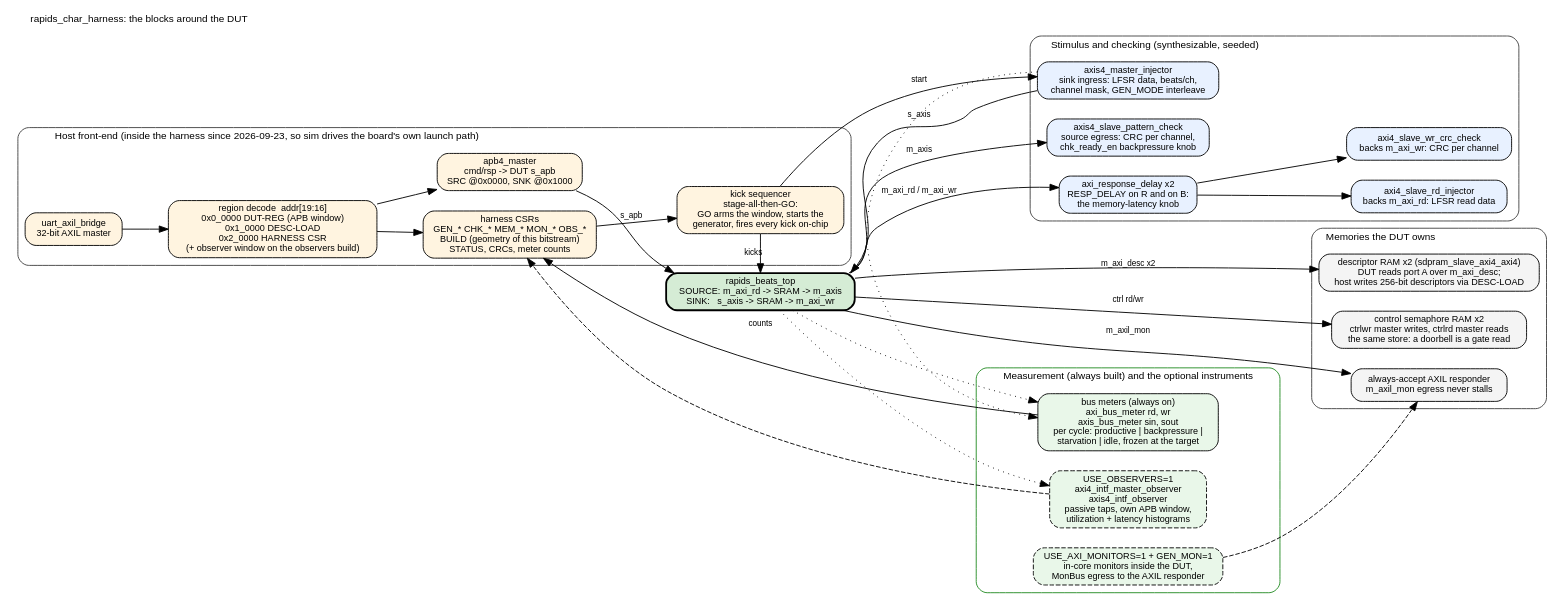
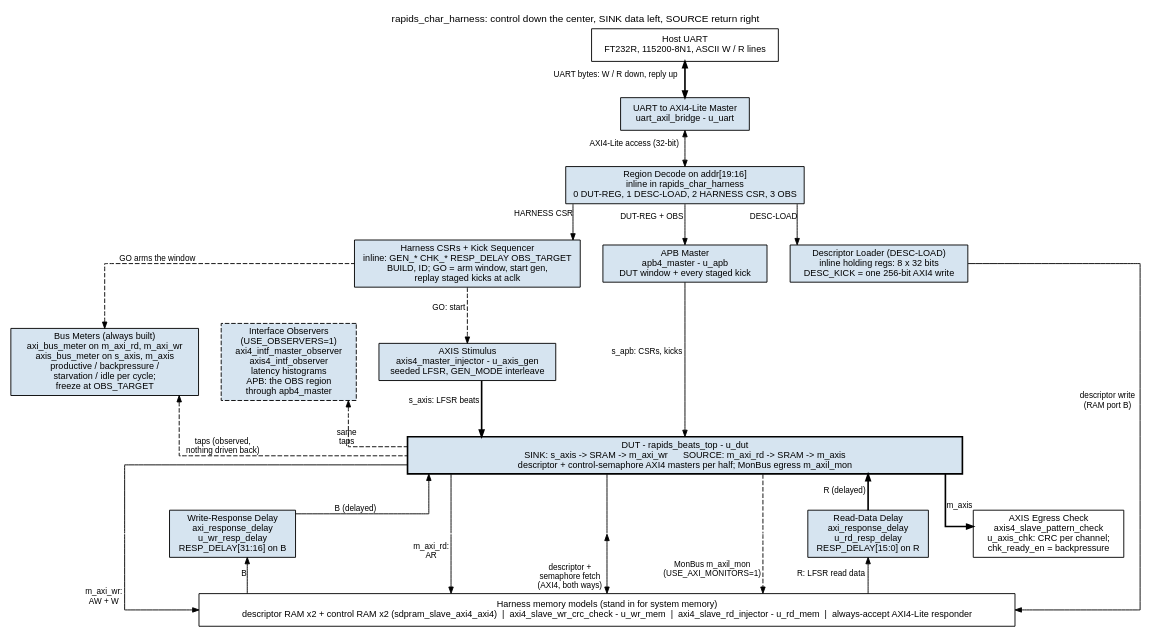
The diagram in projects/fpga-systems/Genesys2/dma-ip/rapids_beats/docs/rapids_fpga_system/assets/graphviz/02_harness_blocks.dot (sean-galloway/RTLDesignSherpa), drawn with Graphviz before and after one commit. The commit also changed 166 other files, not shown here.

```diff
--- a/projects/fpga-systems/Genesys2/dma-ip/rapids_beats/docs/rapids_fpga_system/assets/graphviz/02_harness_blocks.dot
+++ b/projects/fpga-systems/Genesys2/dma-ip/rapids_beats/docs/rapids_fpga_system/assets/graphviz/02_harness_blocks.dot
@@ -1,57 +1,93 @@
-// rapids_char_harness: every block around the DUT and what it does for the measurement.
+// Figure 2.1 -- rapids_char_harness block map, in the house style
+// (vault/handbook/authoring/block-diagrams.md). Every block is an instance or
+// an inline register block in flows-rapids-beats/rtl/rapids_char_harness.sv.
+//   - Host UART is the white port on top; the control path runs down the
+//     center (bridge -> region decode -> apb4_master -> DUT s_apb).
+//   - The boundary bar is the harness's memory models: what stands in for
+//     system memory under every DUT AXI master.
+//   - SINK forward data enters left (AXIS generator) and leaves down
+//     (m_axi_wr); SOURCE read data comes back UP through the R-channel delay
+//     on the right and leaves right (m_axis to the pattern check).
+//   - Meters and observers are passive taps (dashed, nothing driven back).
 digraph harness_blocks {
-    graph [rankdir=LR, fontname="Helvetica", fontsize=11, nodesep=0.3, ranksep=0.7,
-           label="rapids_char_harness: the blocks around the DUT", labelloc=t, labeljust=l];
-    node  [fontname="Helvetica", fontsize=10, shape=box, style="rounded,filled", fillcolor="#f4f4f4"];
-    edge  [fontname="Helvetica", fontsize=9];
+    graph [rankdir=TB, bgcolor="white", fontname="Helvetica", fontsize=11,
+           nodesep="0.35", ranksep="0.55", splines=ortho, newrank=true,
+           label="rapids_char_harness: control down the center, SINK data left, SOURCE return right", labelloc=t];
+    node  [fontname="Helvetica", fontsize=10, shape=box, style=filled,
+           fillcolor="#D6E4F0", color="black", margin="0.12,0.06"];
+    edge  [fontname="Helvetica", fontsize=9, color="black", arrowsize=0.7];
 
-    subgraph cluster_front {
-        label="Host front-end (inside the harness since 2026-09-23, so sim drives the board's own launch path)";
-        style="rounded"; color="#404040";
-        uart [label="uart_axil_bridge\n32-bit AXIL master", fillcolor="#fff4e0"];
-        decode [label="region decode  addr[19:16]\n0x0_0000 DUT-REG (APB window)\n0x1_0000 DESC-LOAD\n0x2_0000 HARNESS CSR\n(+ observer window on the observers build)", fillcolor="#fff4e0"];
-        apbm [label="apb4_master\ncmd/rsp -> DUT s_apb\nSRC @0x0000, SNK @0x1000", fillcolor="#fff4e0"];
-        csr [label="harness CSRs\nGEN_* CHK_* MEM_* MON_* OBS_*\nBUILD (geometry of this bitstream)\nSTATUS, CRCs, meter counts", fillcolor="#fff4e0"];
-        kick [label="kick sequencer\nstage-all-then-GO:\nGO arms the window, starts the\ngenerator, fires every kick on-chip", fillcolor="#fff4e0"];
-        uart -> decode; decode -> apbm; decode -> csr; csr -> kick;
-    }
+    host  [group=C, label="Host UART\nFT232R, 115200-8N1, ASCII W / R lines", fillcolor="white"];
+    uart  [group=C, label="UART to AXI4-Lite Master\nuart_axil_bridge - u_uart"];
+    dec   [group=C, label="Region Decode on addr[19:16]\ninline in rapids_char_harness\n0 DUT-REG, 1 DESC-LOAD, 2 HARNESS CSR, 3 OBS"];
 
-    subgraph cluster_stim {
-        label="Stimulus and checking (synthesizable, seeded)"; style="rounded"; color="#404040";
-        gen  [label="axis4_master_injector\nsink ingress: LFSR data, beats/ch,\nchannel mask, GEN_MODE interleave", fillcolor="#e8f1ff"];
-        chk  [label="axis4_slave_pattern_check\nsource egress: CRC per channel,\nchk_ready_en backpressure knob", fillcolor="#e8f1ff"];
-        rdgen [label="axi4_slave_rd_injector\nbacks m_axi_rd: LFSR read data", fillcolor="#e8f1ff"];
-        wrcrc [label="axi4_slave_wr_crc_check\nbacks m_axi_wr: CRC per channel", fillcolor="#e8f1ff"];
-        dly  [label="axi_response_delay x2\nRESP_DELAY on R and on B:\nthe memory-latency knob", fillcolor="#e8f1ff"];
-    }
+    csr   [group=L, label="Harness CSRs + Kick Sequencer\ninline: GEN_* CHK_* RESP_DELAY OBS_TARGET\nBUILD, ID; GO = arm window, start gen,\nreplay staged kicks at aclk"];
+    apbm  [group=C, label="APB Master\napb4_master - u_apb\nDUT window + every staged kick"];
+    dload [group=RR, label="Descriptor Loader (DESC-LOAD)\ninline holding regs: 8 x 32 bits\nDESC_KICK = one 256-bit AXI4 write"];
 
-    subgraph cluster_mem {
-        label="Memories the DUT owns"; style="rounded"; color="#404040";
-        descram [label="descriptor RAM x2 (sdpram_slave_axi4_axi4)\nDUT reads port A over m_axi_desc;\nhost writes 256-bit descriptors via DESC-LOAD", fillcolor="#f4f4f4"];
-        ctrlram [label="control semaphore RAM x2\nctrlwr master writes, ctrlrd master reads\nthe same store: a doorbell is a gate read", fillcolor="#f4f4f4"];
-        monresp [label="always-accept AXIL responder\nm_axil_mon egress never stalls", fillcolor="#f4f4f4"];
-    }
+    meter [group=LL, label="Bus Meters (always built)\naxi_bus_meter on m_axi_rd, m_axi_wr\naxis_bus_meter on s_axis, m_axis\nproductive / backpressure /\nstarvation / idle per cycle;\nfreeze at OBS_TARGET"];
+    gen   [group=L, label="AXIS Stimulus\naxis4_master_injector - u_axis_gen\nseeded LFSR, GEN_MODE interleave"];
 
-    dut [label="rapids_beats_top\nSOURCE: m_axi_rd -> SRAM -> m_axis\nSINK:   s_axis -> SRAM -> m_axi_wr", fillcolor="#d5ecd5", penwidth=2];
+    obs   [group=LL, label="Interface Observers\n(USE_OBSERVERS=1)\naxi4_intf_master_observer\naxis4_intf_observer\nlatency histograms\nAPB: the OBS region\nthrough apb4_master", style="filled,dashed"];
+    dut   [group=C, label="DUT - rapids_beats_top - u_dut\nSINK: s_axis -> SRAM -> m_axi_wr      SOURCE: m_axi_rd -> SRAM -> m_axis\ndescriptor + control-semaphore AXI4 masters per half; MonBus egress m_axil_mon", width=8.5, penwidth=1.8];
 
-    subgraph cluster_meas {
-        label="Measurement (always built) and the optional instruments"; style="rounded"; color="#228B22";
-        meters [label="bus meters (always on)\naxi_bus_meter rd, wr\naxis_bus_meter sin, sout\nper cycle: productive | backpressure |\nstarvation | idle, frozen at the target", fillcolor="#e9f7e9"];
-        obs [label="USE_OBSERVERS=1\naxi4_intf_master_observer\naxis4_intf_observer\npassive taps, own APB window,\nutilization + latency histograms", fillcolor="#e9f7e9", style="rounded,filled,dashed"];
-        mon [label="USE_AXI_MONITORS=1 + GEN_MON=1\nin-core monitors inside the DUT,\nMonBus egress to the AXIL responder", fillcolor="#e9f7e9", style="rounded,filled,dashed"];
-    }
+    wdly  [group=L, label="Write-Response Delay\naxi_response_delay\nu_wr_resp_delay\nRESP_DELAY[31:16] on B"];
+    rdly  [group=R, label="Read-Data Delay\naxi_response_delay\nu_rd_resp_delay\nRESP_DELAY[15:0] on R"];
+    chk   [group=RR, label="AXIS Egress Check\naxis4_slave_pattern_check\nu_axis_chk: CRC per channel;\nchk_ready_en = backpressure", fillcolor="white"];
 
-    apbm -> dut [label="s_apb"];
-    kick -> dut [label="kicks"];
-    kick -> gen [label="start"];
-    gen -> dut [label="s_axis"];
-    dut -> chk [label="m_axis"];
-    dut -> dly [label="m_axi_rd / m_axi_wr"];
-    dly -> rdgen; dly -> wrcrc;
-    dut -> descram [label="m_axi_desc x2"];
-    dut -> ctrlram [label="ctrl rd/wr"];
-    dut -> monresp [label="m_axil_mon"];
-    meters -> csr [label="counts"];
-    gen -> meters [style=dotted]; dut -> meters [style=dotted];
-    obs -> csr [style=dashed]; dut -> obs [style=dotted]; mon -> monresp [style=dashed];
+    p_aw [shape=point, style=invis, width=0.01, label=""];
+    p_ar [shape=point, style=invis, width=0.01, label=""];
+    p_fe [shape=point, style=invis, width=0.01, label=""];
+    p_mon [shape=point, style=invis, width=0.01, label=""];
+
+    bar   [group=C, label="Harness memory models (stand in for system memory)\ndescriptor RAM x2 + control RAM x2 (sdpram_slave_axi4_axi4)  |  axi4_slave_wr_crc_check - u_wr_mem  |  axi4_slave_rd_injector - u_rd_mem  |  always-accept AXI4-Lite responder",
+           fillcolor="white", width=11.5, height=0.5];
+
+    { rank=same; csr; apbm; dload; }
+    { rank=same; obs; meter; gen; }
+
+    { rank=same; p_aw; wdly; s0; p_ar; s1; p_fe; s2; p_mon; rdly; chk; }
+    s0 [shape=box, style=invis, width=1.0, label=""];
+    s1 [shape=box, style=invis, width=1.0, label=""];
+    s2 [shape=box, style=invis, width=1.0, label=""];
+
+    csr -> apbm -> dload [style=invis];
+    obs -> meter -> gen [style=invis];
+
+    p_aw -> wdly -> s0 -> p_ar -> s1 -> p_fe -> s2 -> p_mon -> rdly -> chk [style=invis, minlen=2];
+
+    // ---- control flow, center column ----
+    host -> uart  [dir=both, penwidth=1.8, xlabel="UART bytes: W / R down, reply up"];
+    uart -> dec   [dir=both, xlabel="AXI4-Lite access (32-bit)"];
+    dec  -> csr   [xlabel="HARNESS CSR"];
+    dec  -> apbm  [xlabel="DUT-REG + OBS"];
+    dec  -> dload [xlabel="DESC-LOAD"];
+    apbm -> dut   [xlabel="s_apb: CSRs, kicks"];
+    csr  -> gen   [style=dashed, xlabel="GO: start"];
+
+    // ---- SINK forward data, left ----
+    gen  -> dut   [penwidth=1.8, xlabel="s_axis: LFSR beats"];
+    dut  -> p_aw  [dir=none];
+    p_aw -> bar   [xlabel="m_axi_wr:\nAW + W"];
+    dut  -> wdly  [dir=back, xlabel="B (delayed)"];
+    wdly -> bar   [dir=back, xlabel="B"];
+
+    // ---- requests and fetches, center ----
+    dut  -> p_ar  [dir=none];
+    p_ar -> bar   [xlabel="m_axi_rd:\nAR"];
+    dut  -> p_fe  [dir=none];
+    p_fe -> bar   [dir=both, xlabel="descriptor +\nsemaphore fetch\n(AXI4, both ways)"];
+    dut  -> p_mon [dir=none, style=dashed];
+    p_mon -> bar  [style=dashed, xlabel="MonBus m_axil_mon\n(USE_AXI_MONITORS=1)"];
+
+    // ---- SOURCE return, right ----
+    dut  -> rdly  [dir=back, penwidth=1.8, xlabel="R (delayed)"];
+    rdly -> bar   [dir=back, xlabel="R: LFSR read data"];
+    dut  -> chk   [penwidth=1.8, xlabel="m_axis"];
+    dload -> bar  [xlabel="descriptor write\n(RAM port B)"];
+
+    // ---- measurement (passive) ----
+    meter -> csr  [style=dashed, dir=back, xlabel="GO arms the window"];
+    meter -> dut  [style=dashed, dir=back, xlabel="taps (observed,\nnothing driven back)"];
+    obs  -> dut   [style=dashed, dir=back, xlabel="same\ntaps"];
 }
```
